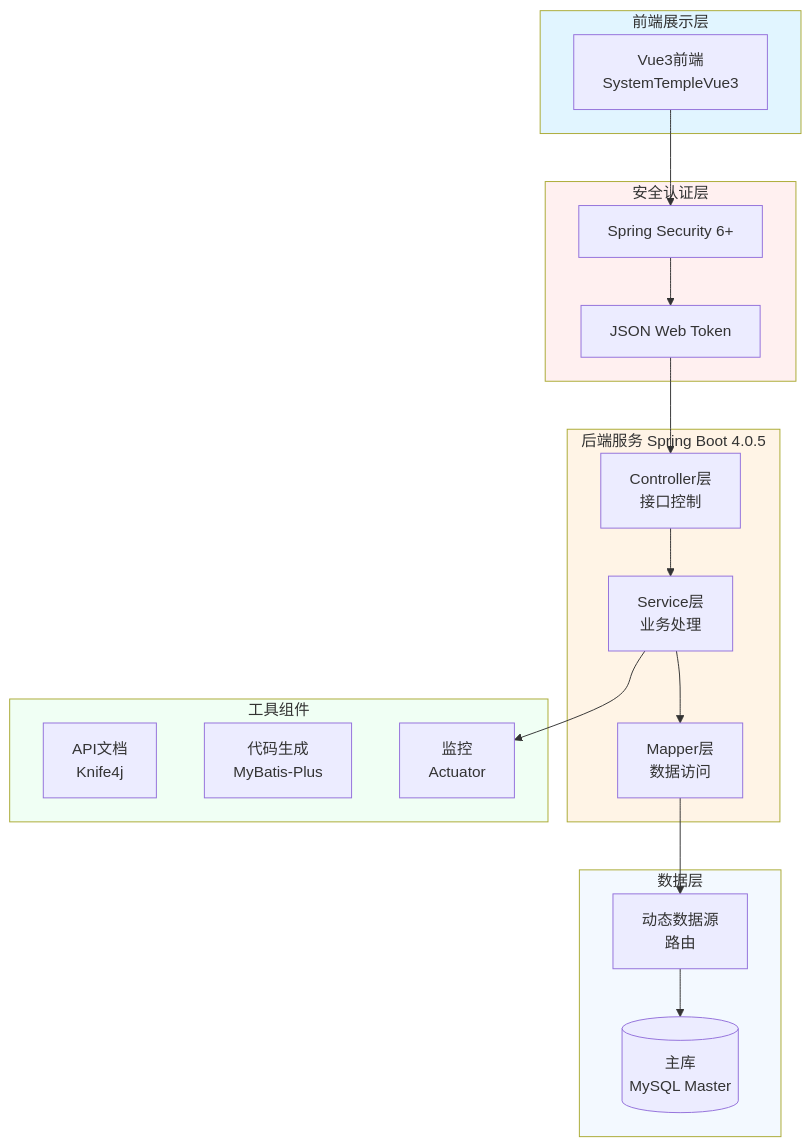
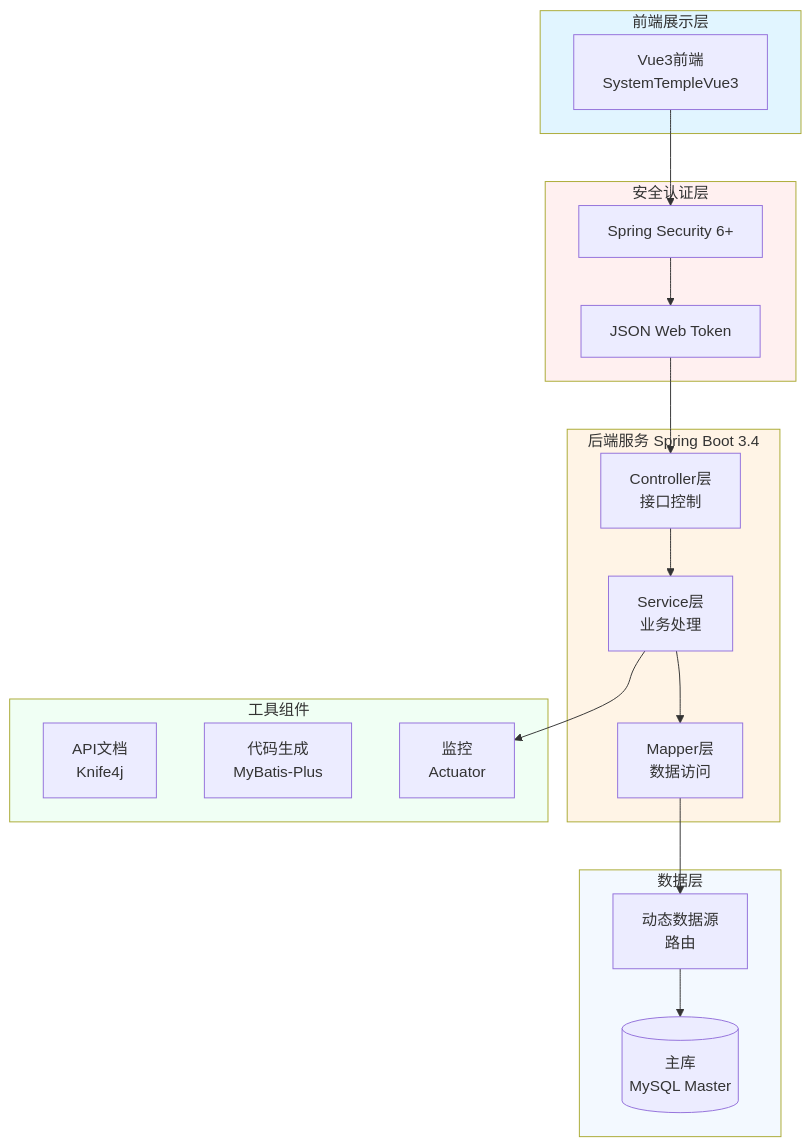
Before and after one commit to junwOpenSourceProjects/JOSP-SystemTempleJava: the diagram in README.md, drawn with Mermaid. The commit also changed other lines of this file and 2 other files, not shown here.

````diff
--- a/README.md
+++ b/README.md
@@ -65,44 +65,44 @@
 ```mermaid
 graph TB
     subgraph Frontend[前端展示层]
         Vue3[Vue3前端<br/>SystemTempleVue3]
     end
     
     subgraph Security[安全认证层]
         SpringSecurity[Spring Security 6+]
         JWT[JSON Web Token]
     end
     
-    subgraph Backend[后端服务 Spring Boot 4.0.5]
+    subgraph Backend[后端服务 Spring Boot 3.4]
         Controller[Controller层<br/>接口控制]
         Service[Service层<br/>业务处理]
         Mapper[Mapper层<br/>数据访问]
         
         Controller --> Service
         Service --> Mapper
     end
     
     subgraph Database[数据层]
         Master[(主库<br/>MySQL Master)]
         DynamicDS[动态数据源<br/>路由]
     end
     
     subgraph Tools[工具组件]
         Knife4j[API文档<br/>Knife4j]
         Generator[代码生成<br/>MyBatis-Plus]
         Monitor[监控<br/>Actuator]
     end
     
     Vue3 --> SpringSecurity
     SpringSecurity --> JWT
     JWT --> Controller
     DynamicDS --> Master
     Mapper --> DynamicDS
     Service --> Monitor
     
     style Frontend fill:#e1f5ff
     style Security fill:#fff0f0
     style Backend fill:#fff4e6
     style Database fill:#f3f9ff
     style Tools fill:#f0fff4
 ```
````
